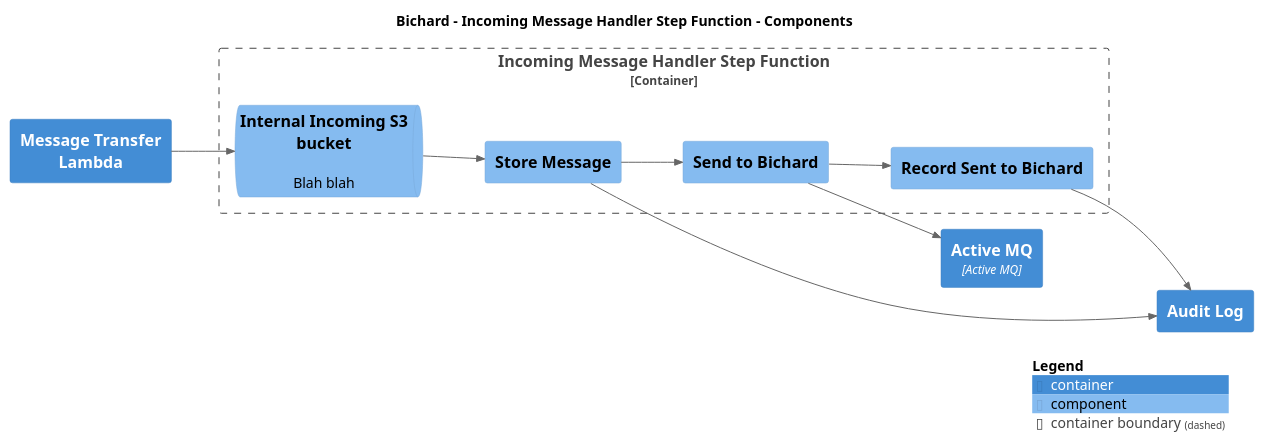
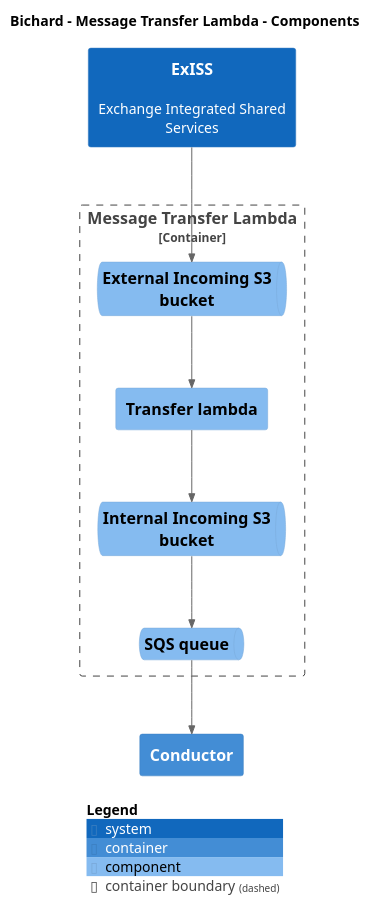
One commit to ministryofjustice/bichard7-next-core changed the diagram in main/puml/Component-002.puml. Above: the diagram before and after it, drawn with PlantUML. The commit also changed 178 other files, not shown here.

```diff
--- a/main/puml/Component-002.puml
+++ b/main/puml/Component-002.puml
@@ -1,32 +1,29 @@
 @startuml
 set separator none
-title Bichard - Incoming Message Handler Step Function - Components
+title Bichard - Message Transfer Lambda - Components
 
-left to right direction
+top to bottom direction
 
 !include <C4/C4>
 !include <C4/C4_Context>
 !include <C4/C4_Container>
 !include <C4/C4_Component>
 
-Container(Bichard.MessageTransferLambda, "Message Transfer Lambda", $techn="", $descr="", $tags="", $link="")
-Container(Bichard.ActiveMQ, "Active MQ", $techn="Active MQ", $descr="", $tags="", $link="")
-Container(Bichard.AuditLog, "Audit Log", $techn="", $descr="", $tags="", $link="")
+System(ExISS, "ExISS", $descr="Exchange Integrated Shared Services", $tags="", $link="")
+Container(Bichard.Conductor, "Conductor", $techn="", $descr="", $tags="", $link="")
 
-Container_Boundary("Bichard.IncomingMessageHandlerStepFunction_boundary", "Incoming Message Handler Step Function", $tags="") {
-  ComponentQueue(Bichard.IncomingMessageHandlerStepFunction.InternalIncomingS3bucket, "Internal Incoming S3 bucket", $techn="", $descr="Blah blah", $tags="", $link="")
-  Component(Bichard.IncomingMessageHandlerStepFunction.StoreMessage, "Store Message", $techn="", $descr="", $tags="", $link="")
-  Component(Bichard.IncomingMessageHandlerStepFunction.SendtoBichard, "Send to Bichard", $techn="", $descr="", $tags="", $link="")
-  Component(Bichard.IncomingMessageHandlerStepFunction.RecordSenttoBichard, "Record Sent to Bichard", $techn="", $descr="", $tags="", $link="")
+Container_Boundary("Bichard.MessageTransferLambda_boundary", "Message Transfer Lambda", $tags="") {
+  ComponentQueue(Bichard.MessageTransferLambda.ExternalIncomingS3bucket, "External Incoming S3 bucket", $techn="", $descr="", $tags="", $link="")
+  Component(Bichard.MessageTransferLambda.Transferlambda, "Transfer lambda", $techn="", $descr="", $tags="", $link="")
+  ComponentQueue(Bichard.MessageTransferLambda.InternalIncomingS3bucket, "Internal Incoming S3 bucket", $techn="", $descr="", $tags="", $link="")
+  ComponentQueue(Bichard.MessageTransferLambda.SQSqueue, "SQS queue", $techn="", $descr="", $tags="", $link="")
 }
 
-Rel(Bichard.MessageTransferLambda, Bichard.IncomingMessageHandlerStepFunction.InternalIncomingS3bucket, "", $techn="", $tags="", $link="")
-Rel(Bichard.IncomingMessageHandlerStepFunction.InternalIncomingS3bucket, Bichard.IncomingMessageHandlerStepFunction.StoreMessage, "", $techn="", $tags="", $link="")
-Rel(Bichard.IncomingMessageHandlerStepFunction.StoreMessage, Bichard.AuditLog, "", $techn="", $tags="", $link="")
-Rel(Bichard.IncomingMessageHandlerStepFunction.StoreMessage, Bichard.IncomingMessageHandlerStepFunction.SendtoBichard, "", $techn="", $tags="", $link="")
-Rel(Bichard.IncomingMessageHandlerStepFunction.SendtoBichard, Bichard.ActiveMQ, "", $techn="", $tags="", $link="")
-Rel(Bichard.IncomingMessageHandlerStepFunction.SendtoBichard, Bichard.IncomingMessageHandlerStepFunction.RecordSenttoBichard, "", $techn="", $tags="", $link="")
-Rel(Bichard.IncomingMessageHandlerStepFunction.RecordSenttoBichard, Bichard.AuditLog, "", $techn="", $tags="", $link="")
+Rel(Bichard.MessageTransferLambda.SQSqueue, Bichard.Conductor, "", $techn="", $tags="", $link="")
+Rel(ExISS, Bichard.MessageTransferLambda.ExternalIncomingS3bucket, "", $techn="", $tags="", $link="")
+Rel(Bichard.MessageTransferLambda.ExternalIncomingS3bucket, Bichard.MessageTransferLambda.Transferlambda, "", $techn="", $tags="", $link="")
+Rel(Bichard.MessageTransferLambda.Transferlambda, Bichard.MessageTransferLambda.InternalIncomingS3bucket, "", $techn="", $tags="", $link="")
+Rel(Bichard.MessageTransferLambda.InternalIncomingS3bucket, Bichard.MessageTransferLambda.SQSqueue, "", $techn="", $tags="", $link="")
 
 SHOW_LEGEND(true)
 @enduml
```
